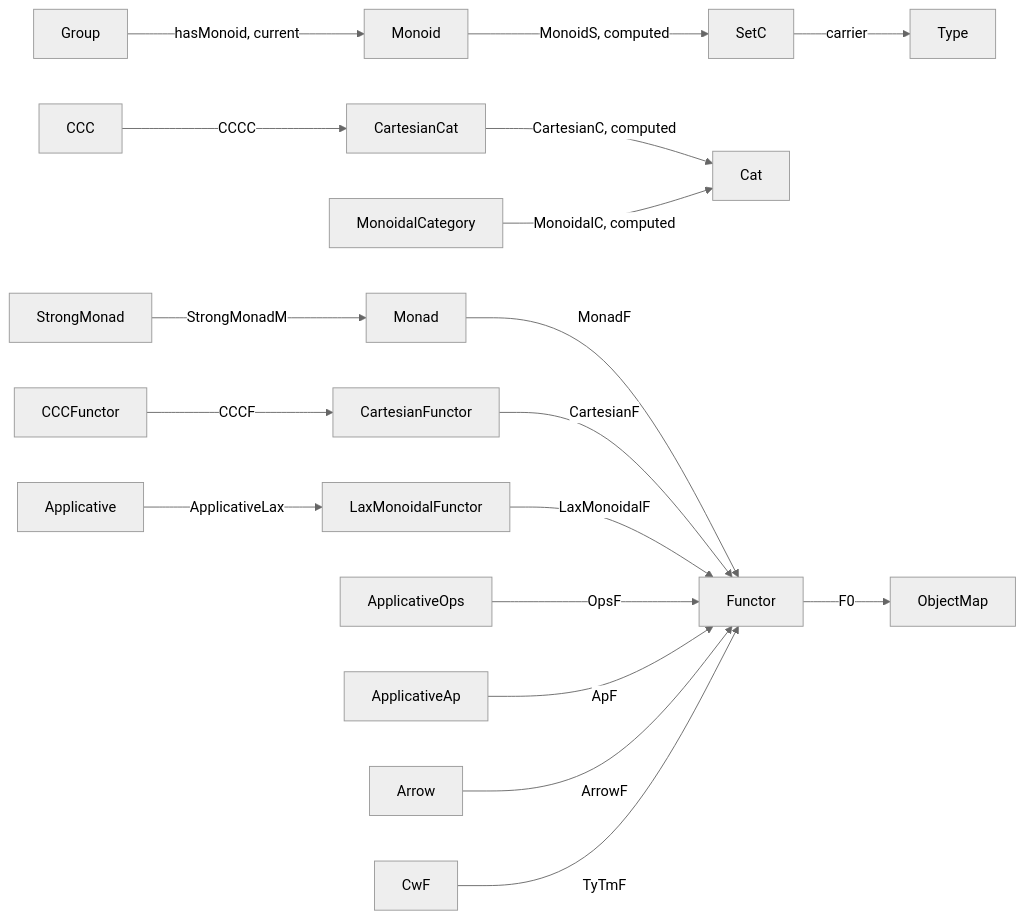
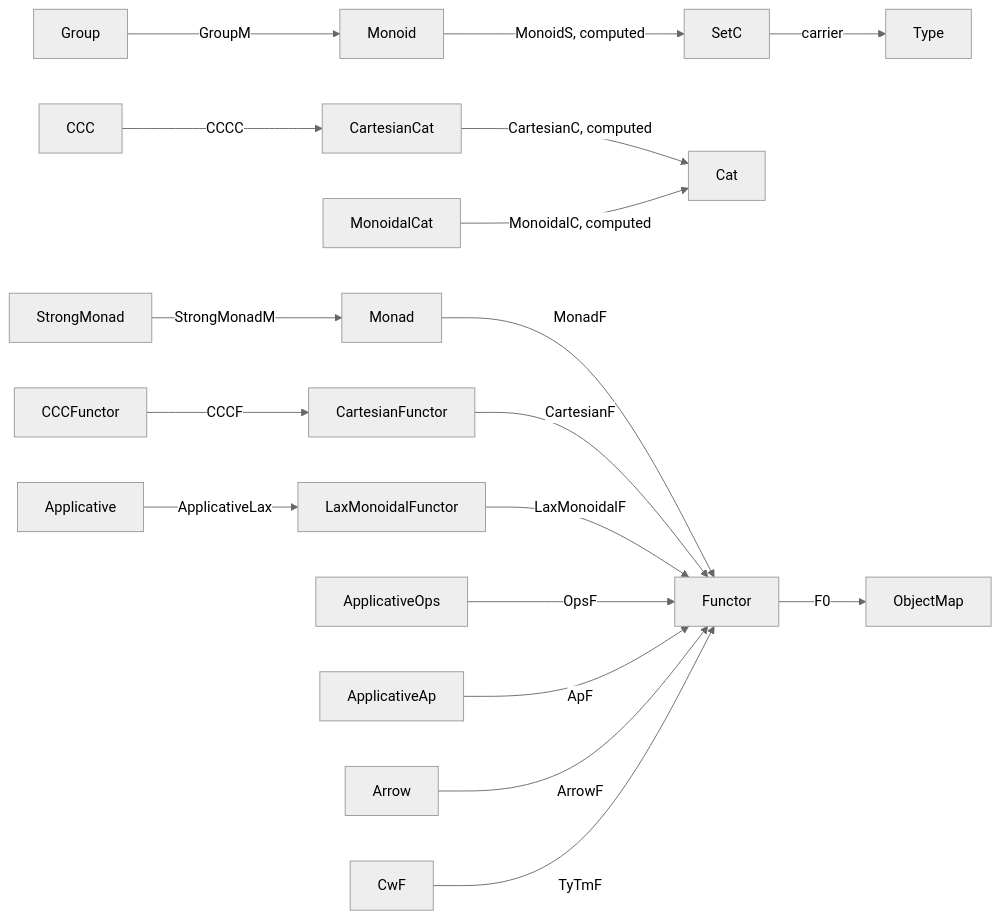
Before and after one commit to Godalin/rocq-cats: the diagram in docs/BundledInterfaces.md, drawn with Mermaid (neutral theme). The commit also changed other lines of this file and 21 other files, not shown here.

````diff
--- a/docs/BundledInterfaces.md
+++ b/docs/BundledInterfaces.md
@@ -662,20 +671,20 @@
 ```mermaid
 flowchart LR
-  Group -->|hasMonoid, current| Monoid
+  Group -->|GroupM| Monoid
   Monoid -->|MonoidS, computed| SetC
   SetC -->|carrier| Type
   CCC -->|CCCC| CartesianCat
   CartesianCat -->|CartesianC, computed| Cat
-  MonoidalCategory -->|MonoidalC, computed| Cat
+  MonoidalCat -->|MonoidalC, computed| Cat
   StrongMonad -->|StrongMonadM| Monad
   Monad -->|MonadF| Functor
   CCCFunctor -->|CCCF| CartesianFunctor
   CartesianFunctor -->|CartesianF| Functor
   Applicative -->|ApplicativeLax| LaxMonoidalFunctor
   LaxMonoidalFunctor -->|LaxMonoidalF| Functor
   ApplicativeOps -->|OpsF| Functor
   ApplicativeAp -->|ApF| Functor
   Arrow -->|ArrowF| Functor
   CwF -->|TyTmF| Functor
   Functor -->|F0| ObjectMap
 ```
````
